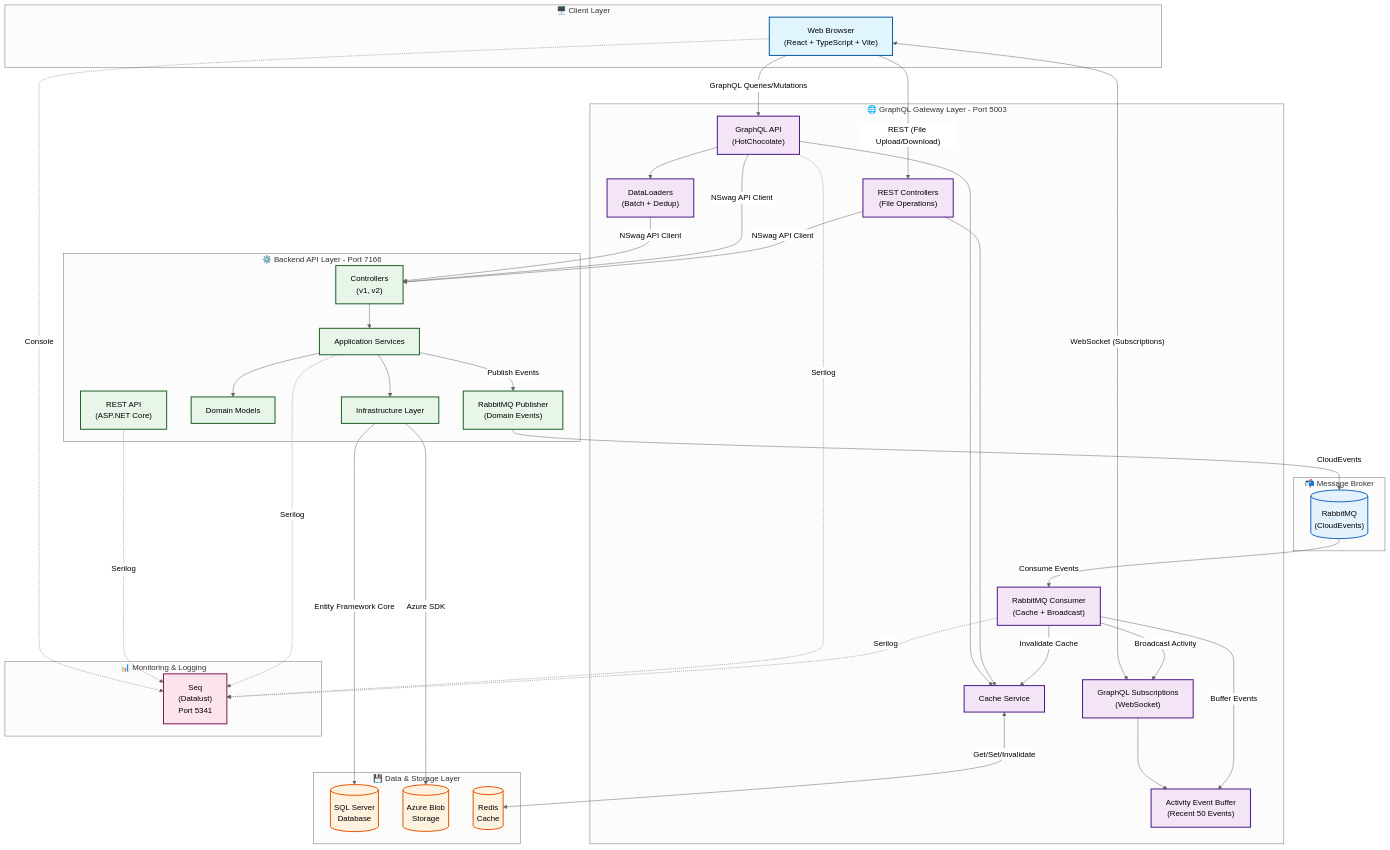
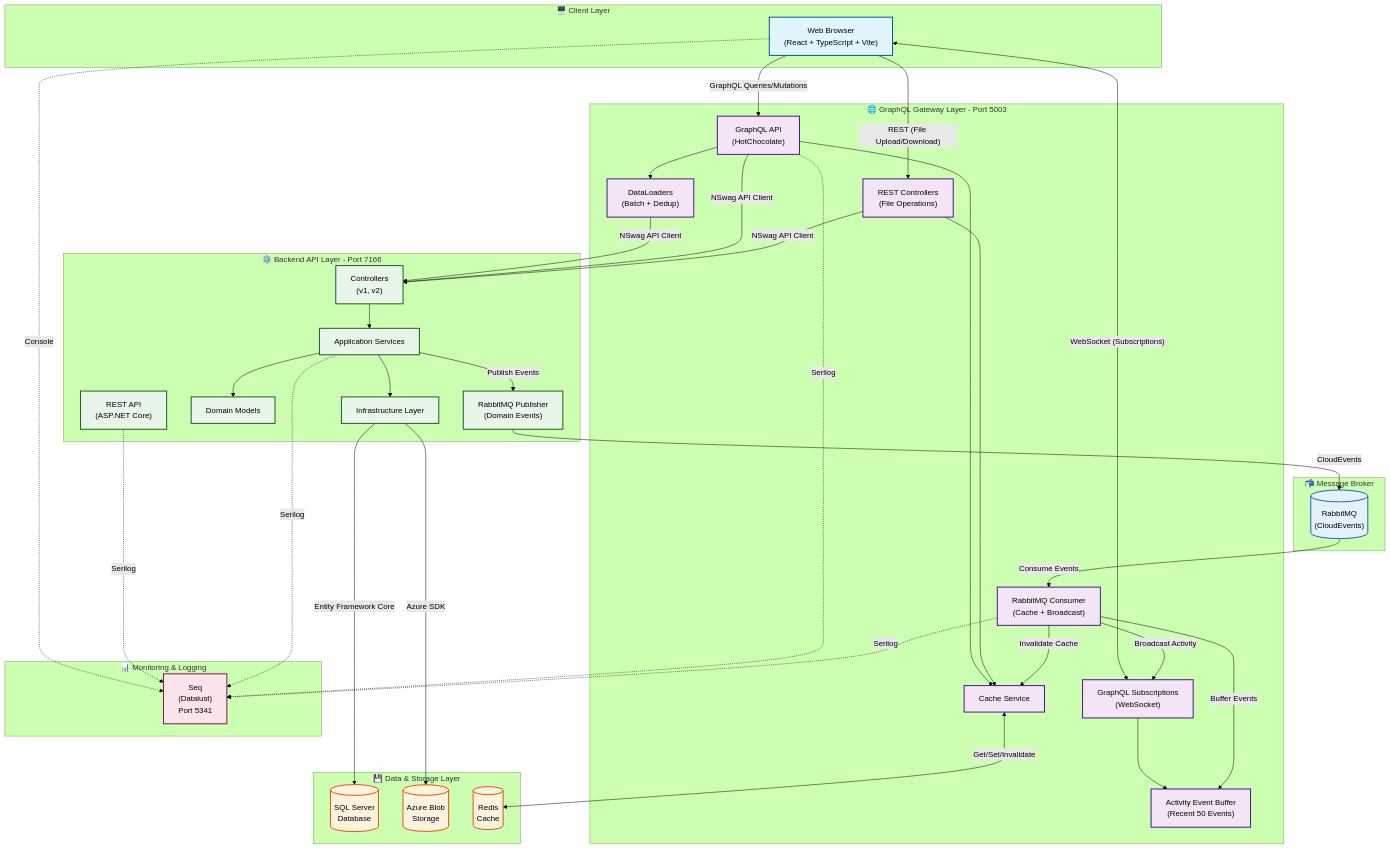
Before and after one commit to joealfa/ems-v2: the first of 4 diagrams in README.md, drawn with Mermaid. The commit also changed other lines of this file, not shown here.

Commit message:
chore: Update Mermaid diagram theme from neutral to forest in README.md

````diff
--- a/README.md
+++ b/README.md
@@ -207,5 +207,5 @@
 ```mermaid
-%%{init: {'theme': 'neutral'}}%%
+%%{init: {'theme': 'forest'}}%%
 graph TB
     subgraph Client["🖥️ Client Layer"]
         Browser["Web Browser<br/>(React + TypeScript + Vite)"]
````
